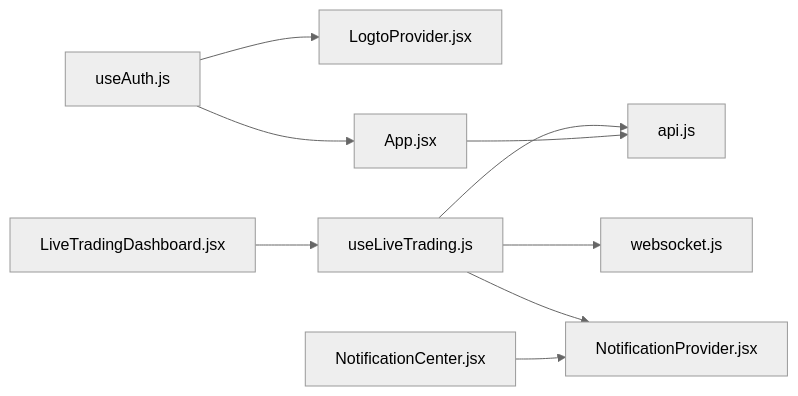
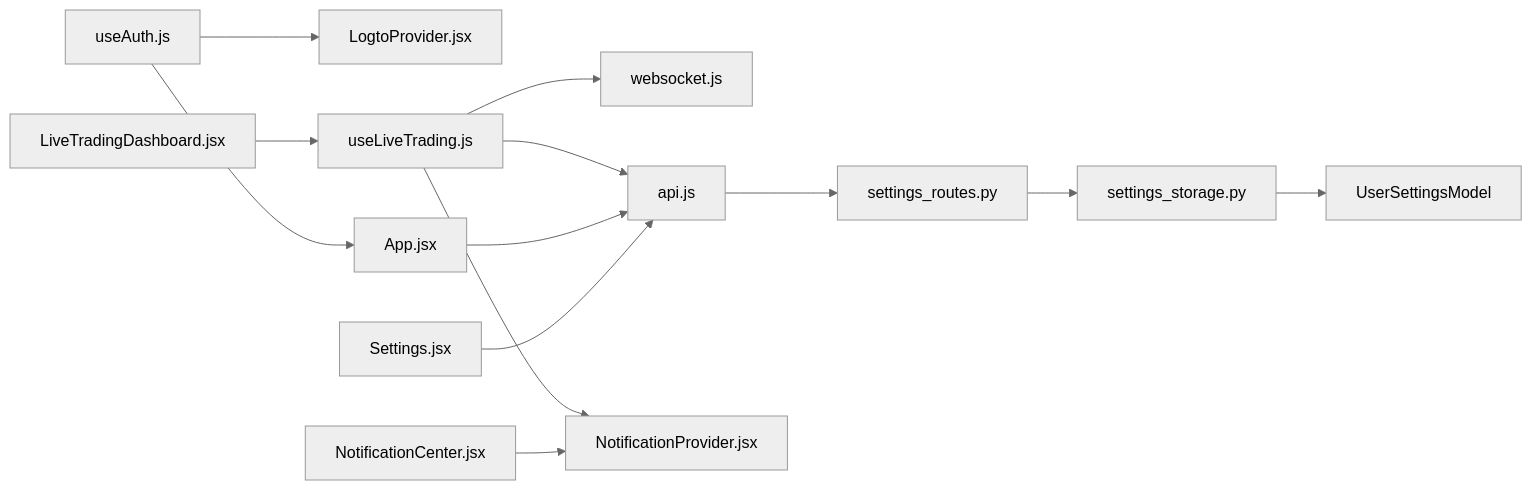
Before and after one commit to faryhuo/backtrader: the fourth of 4 diagrams in .qoder/repowiki/zh/content/前端架构/状态管理.md, drawn with Mermaid (neutral theme). The commit also changed other lines of this file and 17 other files, not shown here.

````diff
--- a/.qoder/repowiki/zh/content/前端架构/状态管理.md
+++ b/.qoder/repowiki/zh/content/前端架构/状态管理.md
@@ -311,11 +413,15 @@
 ```mermaid
 graph LR
 UA["useAuth.js"] --> LP["LogtoProvider.jsx"]
 UA --> A["App.jsx"]
 ULT["useLiveTrading.js"] --> WS["websocket.js"]
 ULT --> API["api.js"]
 ULT --> NP["NotificationProvider.jsx"]
 LTB["LiveTradingDashboard.jsx"] --> ULT
 NC["NotificationCenter.jsx"] --> NP
 A --> API
+ST["Settings.jsx"] --> API
+API --> SR["settings_routes.py"]
+SR --> SS["settings_storage.py"]
+SS --> UM["UserSettingsModel"]
 ```
````
